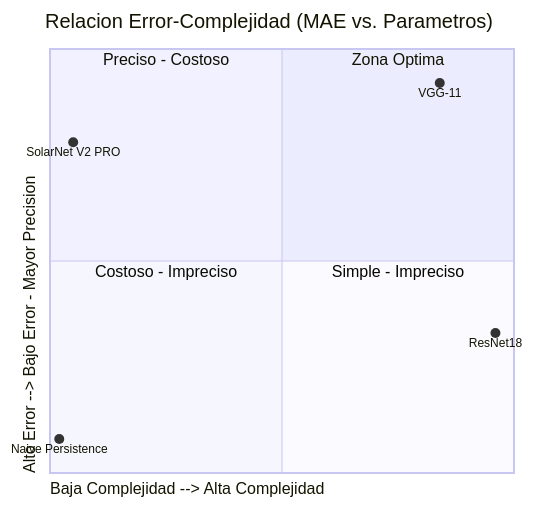
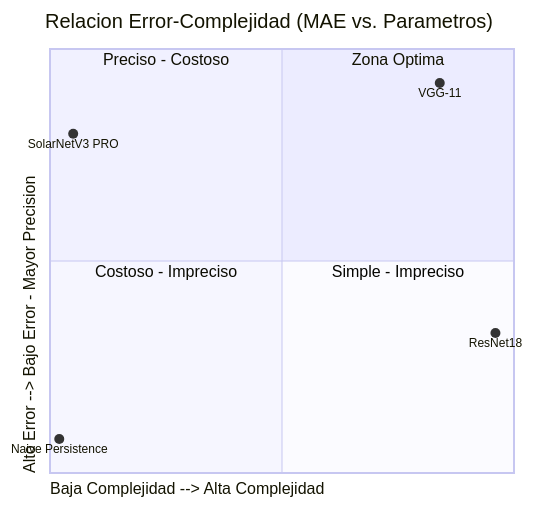
Before and after one commit to Alehcs/auralis: the diagram in RESEARCH_DOSSIER_MASTER.md, drawn with Mermaid. The commit also changed other lines of this file and 16 other files, not shown here.

Commit message:
feat: versión final de SolarNetV3 PRO, métricas evaluadas y dossier actualizado

````diff
--- a/RESEARCH_DOSSIER_MASTER.md
+++ b/RESEARCH_DOSSIER_MASTER.md
@@ -421,14 +510,14 @@
 ```mermaid
 quadrantChart
     title Relacion Error-Complejidad (MAE vs. Parametros)
     x-axis "Baja Complejidad --> Alta Complejidad"
     y-axis "Alto Error --> Bajo Error - Mayor Precision"
     quadrant-1 "Zona Optima"
     quadrant-2 "Preciso - Costoso"
     quadrant-3 "Costoso - Impreciso"
     quadrant-4 "Simple - Impreciso"
     Naive Persistence: [0.02, 0.08]
-    SolarNet V2 PRO: [0.05, 0.78]
+    SolarNetV3 PRO: [0.05, 0.80]
     VGG-11: [0.84, 0.92]
     ResNet18: [0.96, 0.33]
 ```
````
